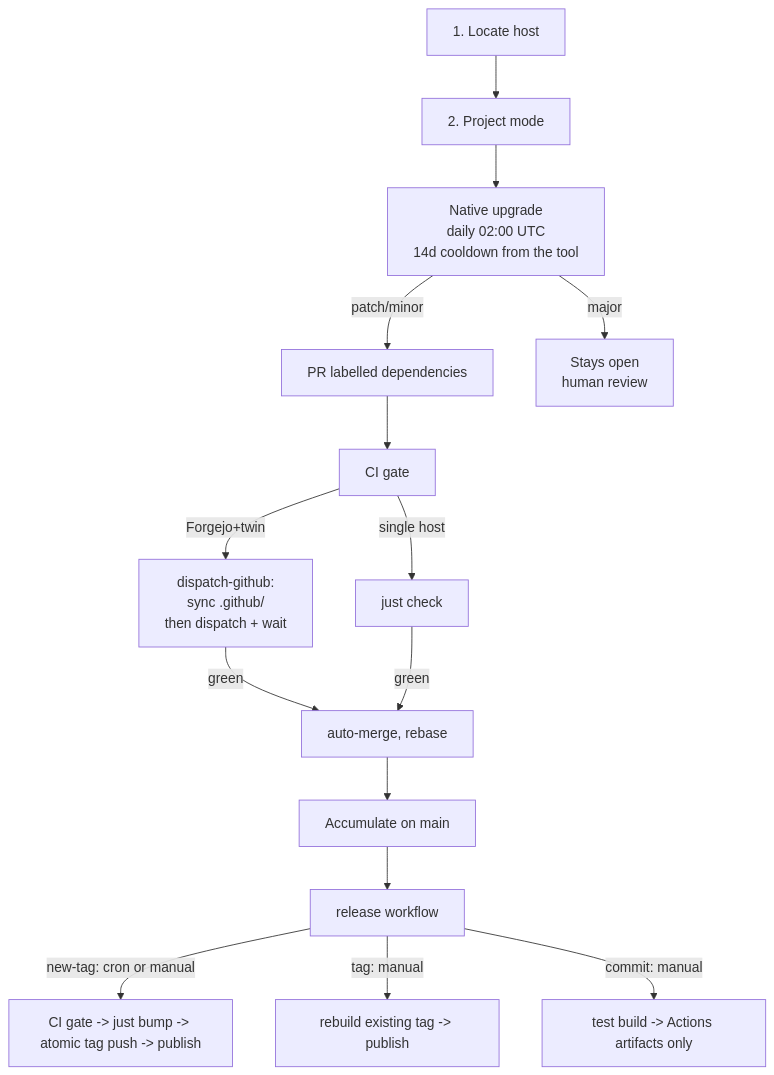
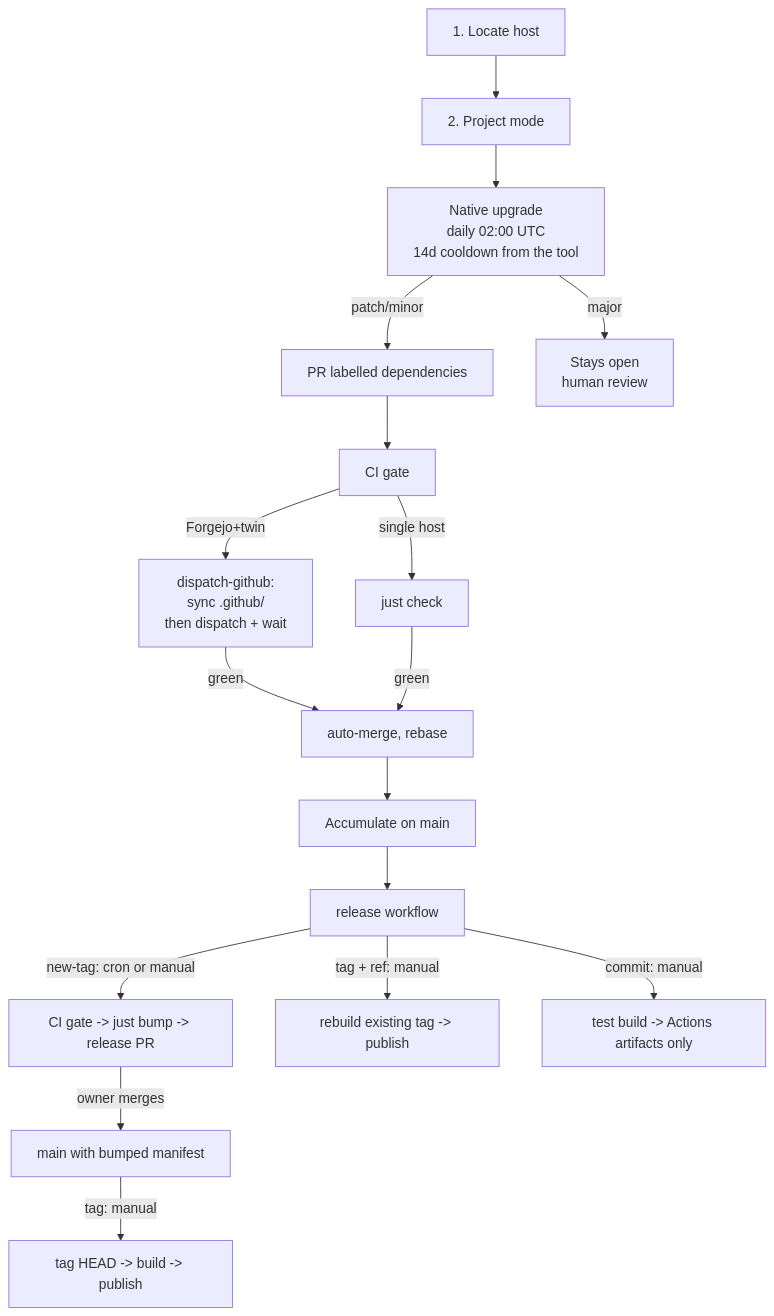
The diagram in dot_agents/skills/autonomous-upgrade/SKILL.md (Delnegend/dotfiles), drawn with Mermaid before and after one commit. The commit also changed other lines of this file and 3 other files, not shown here.

First line of the commit message:
fix(skill): release via PR, not direct push to `main`

````diff
--- a/dot_agents/skills/autonomous-upgrade/SKILL.md
+++ b/dot_agents/skills/autonomous-upgrade/SKILL.md
@@ -33,17 +33,19 @@
 ```mermaid
 flowchart TD
     Z[1. Locate host] --> Y[2. Project mode]
     Y --> A[Native upgrade<br/>daily 02:00 UTC<br/>14d cooldown from the tool]
     A -->|patch/minor| B[PR labelled dependencies]
     A -->|major| C[Stays open<br/>human review]
     B --> D[CI gate]
     D -->|Forgejo+twin| D2[dispatch-github:<br/>sync .github/<br/>then dispatch + wait]
     D -->|single host| D3[just check]
     D2 -->|green| E[auto-merge, rebase]
     D3 -->|green| E
     E --> F[Accumulate on main]
     F --> G[release workflow]
-    G -->|new-tag: cron or manual| H[CI gate -> just bump -> atomic tag push -> publish]
-    G -->|tag: manual| I[rebuild existing tag -> publish]
+    G -->|new-tag: cron or manual| H[CI gate -> just bump -> release PR]
+    H -->|owner merges| H2[main with bumped manifest]
+    H2 -->|tag: manual| I[tag HEAD -> build -> publish]
+    G -->|tag + ref: manual| I2[rebuild existing tag -> publish]
     G -->|commit: manual| J[test build -> Actions artifacts only]
 ```
````
